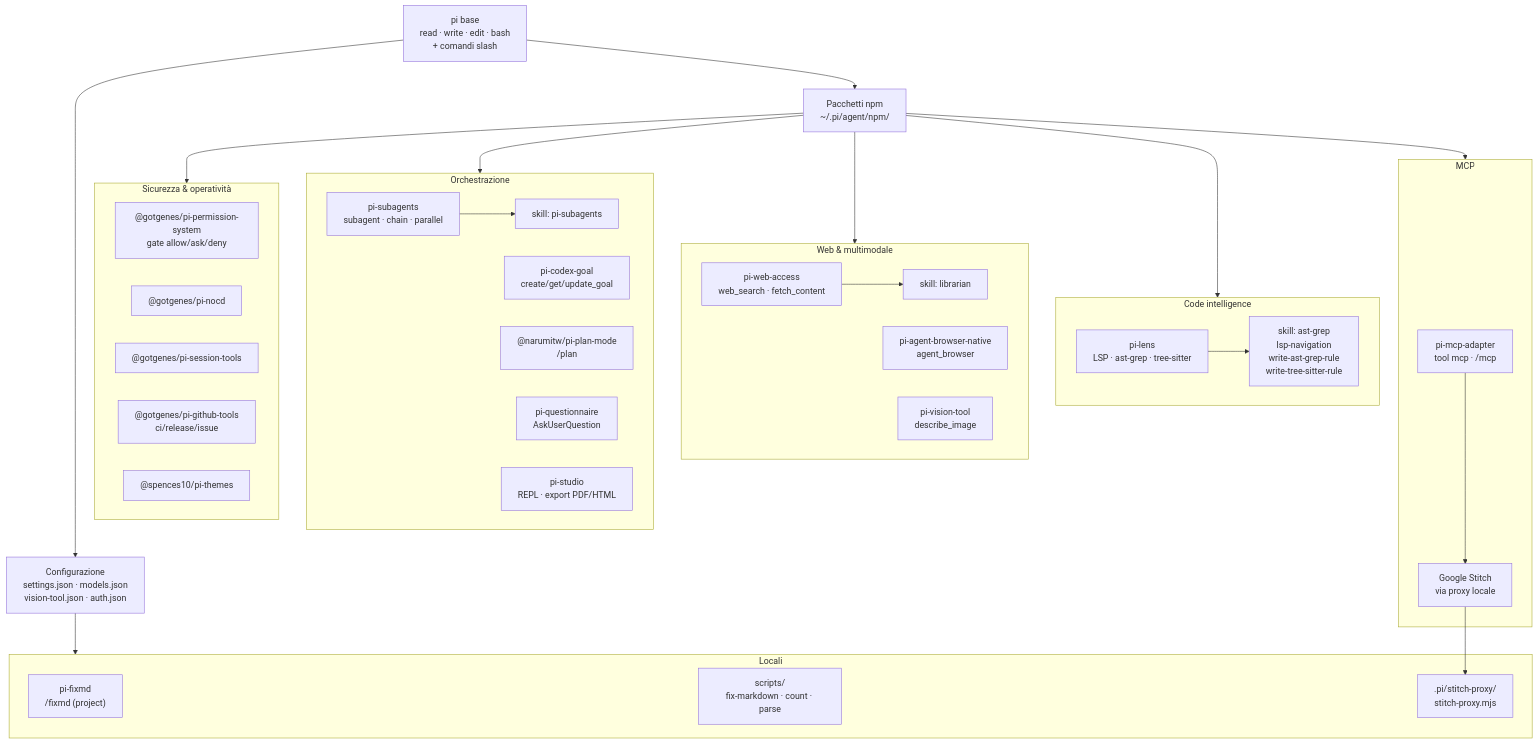
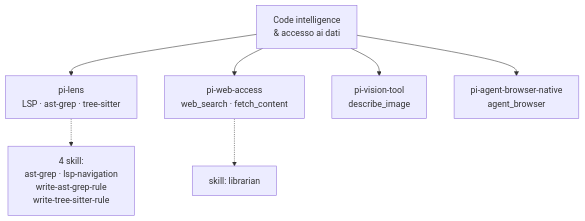
Before and after one commit to malafronte/pi-lab: the second of 5 diagrams in README.md, drawn with Mermaid. The commit also changed other lines of this file, not shown here.

Commit message:
docs(readme): suddivide il mermaid Architettura in 5 diagrammi leggibili
Il singolo mermaid della sezione Architettura era troppo grande (6 subgraph affiancati) e il testo nei blocchi risultava troppo piccolo. Lo ristruttura in 5 diagrammi, ciascuno con al massimo 3-4 blocchi in orizzontale ed etichette concise: 1) Panoramica (pi base -> Configurazione/Pacchetti/Locali); 2) Code intelligence & accesso ai dati (pi-lens, pi-web-access, pi-vision-tool, pi-agent-browser-native + skill); 3) Orchestrazione & workflow (pi-subagents, pi-codex-goal, pi-plan-mode, pi-studio); 4) Interazione & sicurezza (pi-questionnaire, pi-permission-system, pi-nocd, pi-session-tools); 5) GitHub, MCP & temi (pi-github-tools, pi-mcp-adapter, pi-themes + proxy Stitch). 185 link interni verificati, 0 rotti.

````diff
--- a/README.md
+++ b/README.md
@@ -59,57 +73,10 @@
 ```mermaid
 flowchart TD
-    BASE["pi base<br/>read · write · edit · bash<br/>+ comandi slash"]
-
-    BASE --> CONFIG["Configurazione<br/>settings.json · models.json<br/>vision-tool.json · auth.json"]
-
-    BASE --> PKG["Pacchetti npm<br/>~/.pi/agent/npm/"]
-
-    subgraph CI["Code intelligence"]
-        LENS["pi-lens<br/>LSP · ast-grep · tree-sitter"]
-        LENS --> SK1["skill: ast-grep<br/>lsp-navigation<br/>write-ast-grep-rule<br/>write-tree-sitter-rule"]
-    end
-
-    subgraph WEB["Web & multimodale"]
-        WEBACC["pi-web-access<br/>web_search · fetch_content"]
-        WEBACC --> SK2["skill: librarian"]
-        BROWSER["pi-agent-browser-native<br/>agent_browser"]
-        VISION["pi-vision-tool<br/>describe_image"]
-    end
-
-    subgraph ORCH["Orchestrazione"]
-        SUB["pi-subagents<br/>subagent · chain · parallel"]
-        SUB --> SK3["skill: pi-subagents"]
-        GOAL["pi-codex-goal<br/>create/get/update_goal"]
-        PLAN["@narumitw/pi-plan-mode<br/>/plan"]
-        QUEST["pi-questionnaire<br/>AskUserQuestion"]
-        STUDIO["pi-studio<br/>REPL · export PDF/HTML"]
-    end
-
-    subgraph SEC["Sicurezza & operatività"]
-        PERM["@gotgenes/pi-permission-system<br/>gate allow/ask/deny"]
-        NOCD["@gotgenes/pi-nocd"]
-        SESS["@gotgenes/pi-session-tools"]
-        GH["@gotgenes/pi-github-tools<br/>ci/release/issue"]
-        THEMES["@spences10/pi-themes"]
-    end
-
-    subgraph MCPB["MCP"]
-        MCPAD["pi-mcp-adapter<br/>tool mcp · /mcp"]
-        STITCH["Google Stitch<br/>via proxy locale"]
-        MCPAD --> STITCH
-    end
-
-    subgraph LOCAL["Locali"]
-        FIXMD["pi-fixmd<br/>/fixmd (project)"]
-        SCRIPTS["scripts/<br/>fix-markdown · count · parse"]
-        STITCHPROXY[".pi/stitch-proxy/<br/>stitch-proxy.mjs"]
-        STITCH --> STITCHPROXY
-    end
-
-    PKG --> CI
-    PKG --> WEB
-    PKG --> ORCH
-    PKG --> SEC
-    PKG --> MCPB
-    CONFIG --> LOCAL
+    A["Code intelligence<br/>& accesso ai dati"]
+    A --> LENS["pi-lens<br/>LSP · ast-grep · tree-sitter"]
+    A --> WEB["pi-web-access<br/>web_search · fetch_content"]
+    A --> VIS["pi-vision-tool<br/>describe_image"]
+    A --> BRW["pi-agent-browser-native<br/>agent_browser"]
+    LENS -.-> S1["4 skill:<br/>ast-grep · lsp-navigation<br/>write-ast-grep-rule<br/>write-tree-sitter-rule"]
+    WEB -.-> S2["skill: librarian"]
 ```
````
